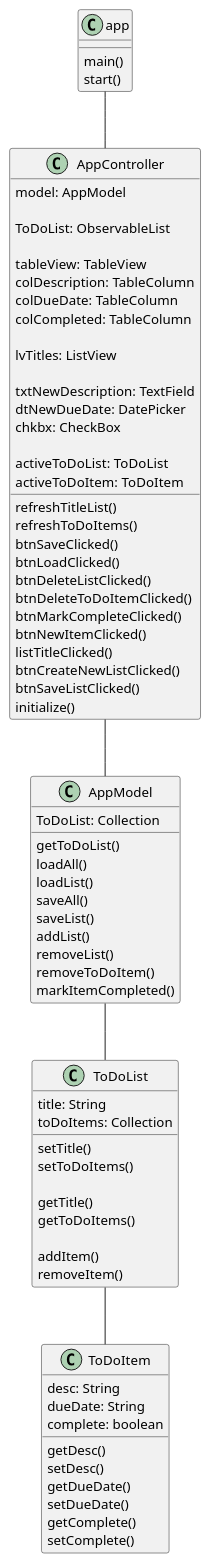
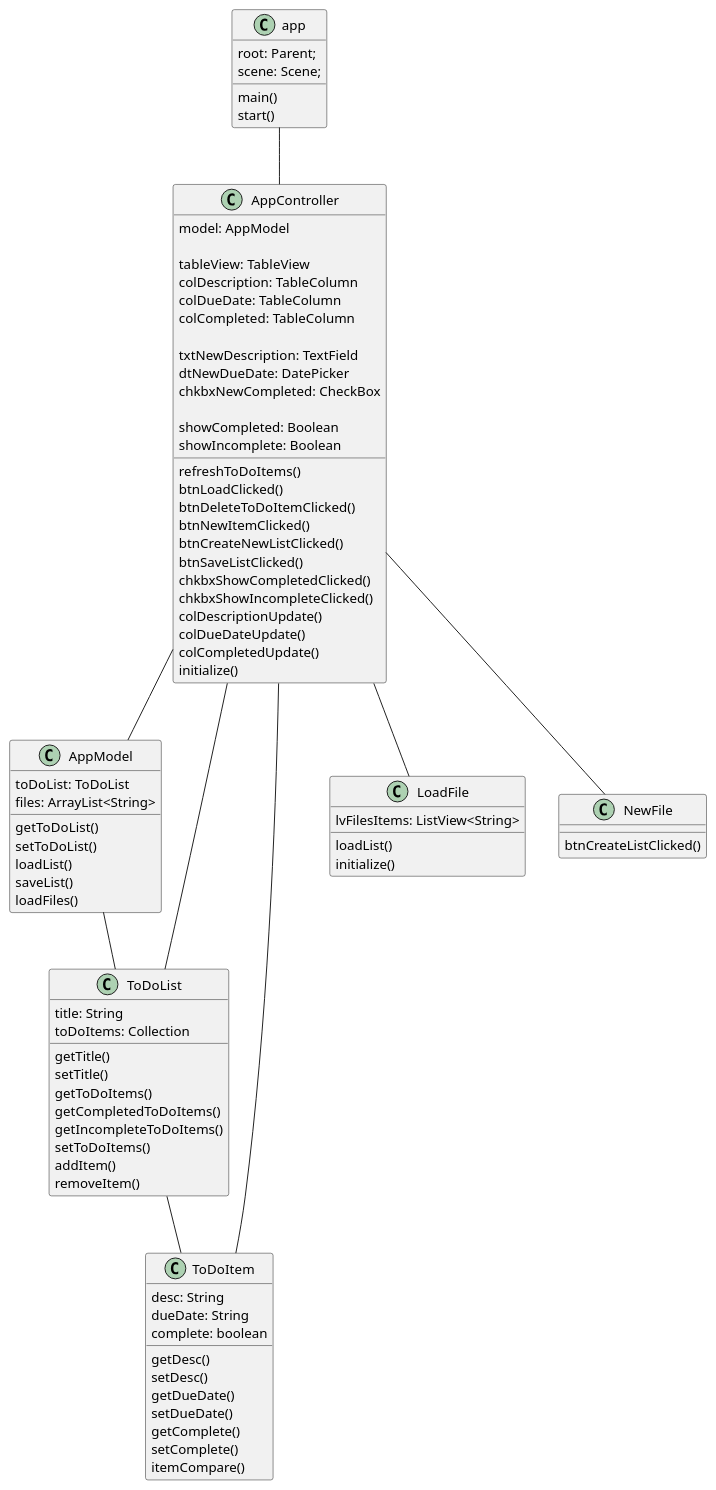
The diagram in uml/app.puml (imRielly/donnell-cop3330-assignment4part2), drawn with PlantUML before and after one commit. The commit also changed 10 other files, not shown here.

```diff
--- a/uml/app.puml
+++ b/uml/app.puml
@@ -7,87 +7,99 @@
 @startuml
 'https://plantuml.com/class-diagram
 
 class app {
+    root: Parent;
+    scene: Scene;
+
     main()
     start()
 }
 
 class AppController {
     model: AppModel
 
-    ToDoList: ObservableList
-
     tableView: TableView
     colDescription: TableColumn
     colDueDate: TableColumn
     colCompleted: TableColumn
 
-    lvTitles: ListView
-
     txtNewDescription: TextField
     dtNewDueDate: DatePicker
-    chkbx: CheckBox
+    chkbxNewCompleted: CheckBox
 
-    activeToDoList: ToDoList
-    activeToDoItem: ToDoItem
+    showCompleted: Boolean
+    showIncomplete: Boolean
 
-    refreshTitleList()
     refreshToDoItems()
-    btnSaveClicked()
     btnLoadClicked()
-    btnDeleteListClicked()
     btnDeleteToDoItemClicked()
-    btnMarkCompleteClicked()
     btnNewItemClicked()
-    listTitleClicked()
     btnCreateNewListClicked()
     btnSaveListClicked()
+    chkbxShowCompletedClicked()
+    chkbxShowIncompleteClicked()
+    colDescriptionUpdate()
+    colDueDateUpdate()
+    colCompletedUpdate()
     initialize()
 }
 
 class AppModel {
-    ToDoList: Collection
+    toDoList: ToDoList
+    files: ArrayList<String>
 
     getToDoList()
-    loadAll()
+    setToDoList()
     loadList()
-    saveAll()
     saveList()
-    addList()
-    removeList()
-    removeToDoItem()
-    markItemCompleted()
+    loadFiles()
 }
 
 class ToDoList {
     title: String
     toDoItems: Collection
 
+    getTitle()
     setTitle()
+    getToDoItems()
+    getCompletedToDoItems()
+    getIncompleteToDoItems()
     setToDoItems()
-
-    getTitle()
-    getToDoItems()
-
     addItem()
     removeItem()
 }
 
 class ToDoItem {
     desc: String
     dueDate: String
     complete: boolean
     getDesc()
     setDesc()
     getDueDate()
     setDueDate()
     getComplete()
     setComplete()
+    itemCompare()
+}
+
+class LoadFile {
+    lvFilesItems: ListView<String>
+
+    loadList()
+    initialize()
+}
+
+class NewFile {
+    btnCreateListClicked()
 }
 
 app -- AppController
 AppController -- AppModel
+AppController -- ToDoList
+AppController -- ToDoItem
+AppController -- LoadFile
+AppController -- NewFile
 AppModel -- ToDoList
 ToDoList -- ToDoItem
 
 @enduml
```
